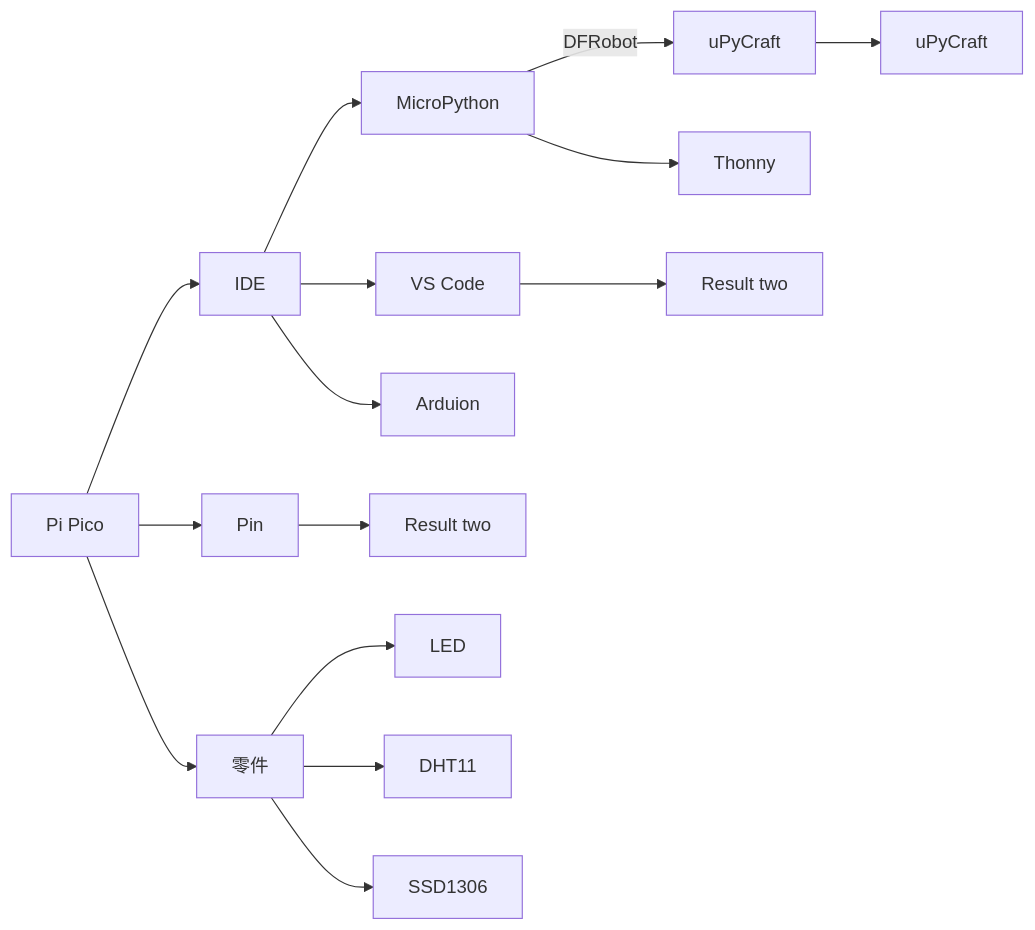
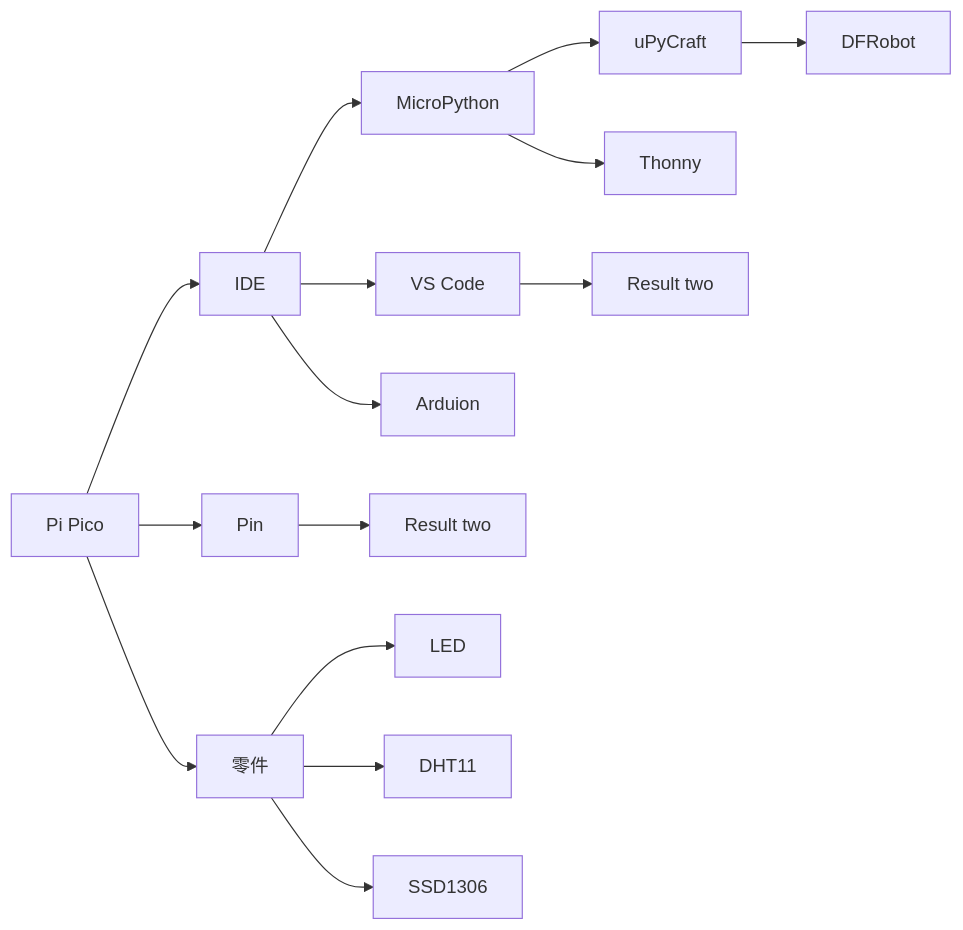
One commit to ableshih/MyNote changed the diagram in PiPico.md. Above: the diagram before and after it, drawn with Mermaid.

````diff
--- a/PiPico.md
+++ b/PiPico.md
@@ -1,17 +1,17 @@
 ```mermaid
 graph LR
 A[Pi Pico] -->B[IDE]
     B --> C[MicroPython]
     B --> D[VS Code]
-    H --> E[uPyCraft]
+    H --> E[DFRobot]
     B --> E1[Arduion]
     C --> F[Thonny]
     D --> G[Result two]
-    C --> |DFRobot| H[uPyCraft]
+    C --> H[uPyCraft]
 A[Pi Pico] -->I[Pin]    
     I --> J[Result two]
 A[Pi Pico] -->K[零件]    
     K --> L1[LED]
     K --> L2[DHT11]
     K --> L3[SSD1306]
 ```
````
